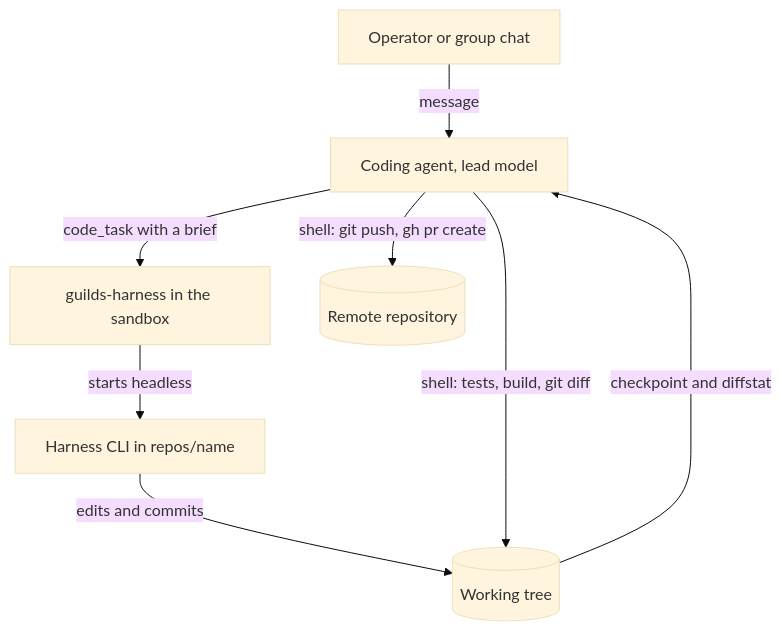
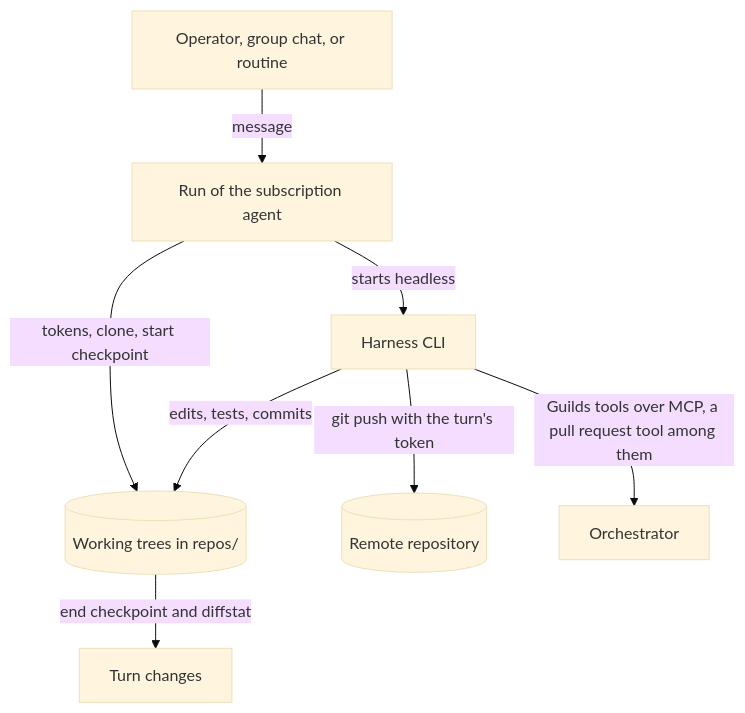
One commit to CigaleAI/guilds changed the first of 2 diagrams in docs/concepts/coding/index.md. Above: the diagram before and after it, drawn with Mermaid (base theme). The commit also changed other lines of this file and 41 other files, not shown here.

First line of the commit message:
Describe code work as a subscription agent's harness turn in its repositories, without Kimi Code

````diff
--- a/docs/concepts/coding/index.md
+++ b/docs/concepts/coding/index.md
@@ -37,10 +34,10 @@
 ```mermaid
 flowchart TD
-    op[Operator or group chat] -->|message| lead[Coding agent, lead model]
-    lead -->|code_task with a brief| helper[guilds-harness in the sandbox]
-    helper -->|starts headless| cli[Harness CLI in repos/name]
-    cli -->|edits and commits| tree[(Working tree)]
-    tree -->|checkpoint and diffstat| lead
-    lead -->|shell: tests, build, git diff| tree
-    lead -->|shell: git push, gh pr create| remote[(Remote repository)]
+    op[Operator, group chat, or routine] -->|message| run[Run of the subscription agent]
+    run -->|tokens, clone, start checkpoint| tree[(Working trees in repos/)]
+    run -->|starts headless| cli[Harness CLI]
+    cli -->|edits, tests, commits| tree
+    cli -->|git push with the turn's token| remote[(Remote repository)]
+    cli -->|Guilds tools over MCP, a pull request tool among them| tools[Orchestrator]
+    tree -->|end checkpoint and diffstat| changes[Turn changes]
 ```
````
